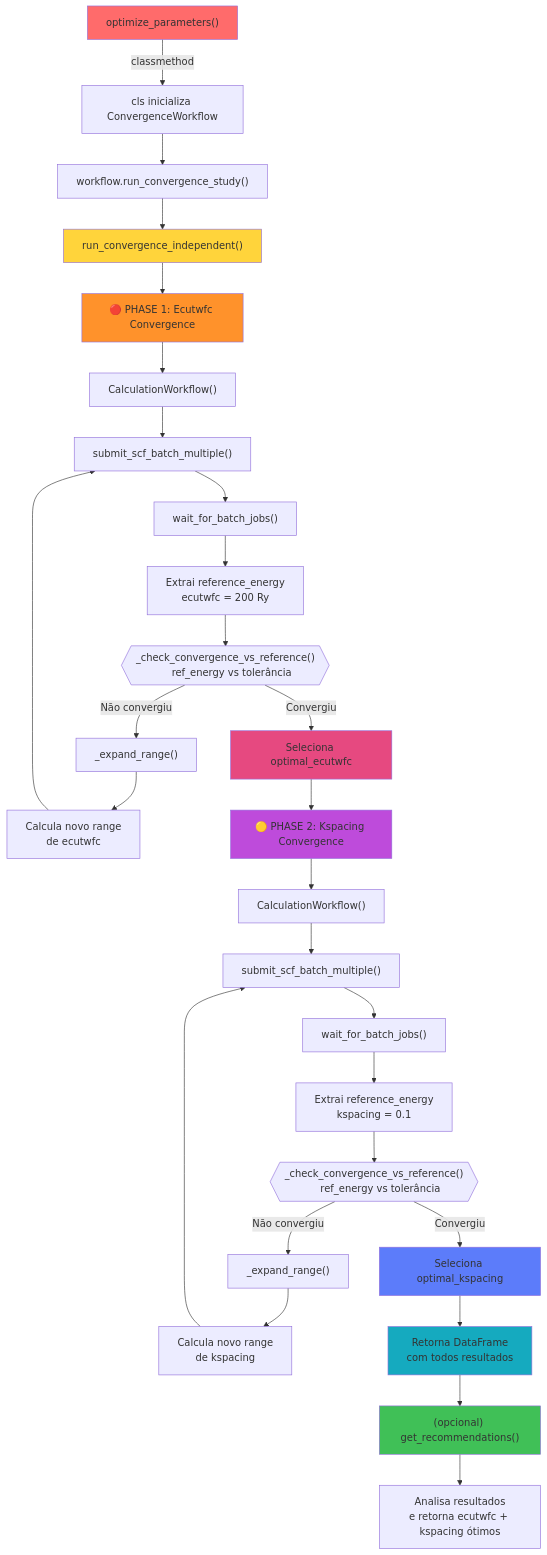
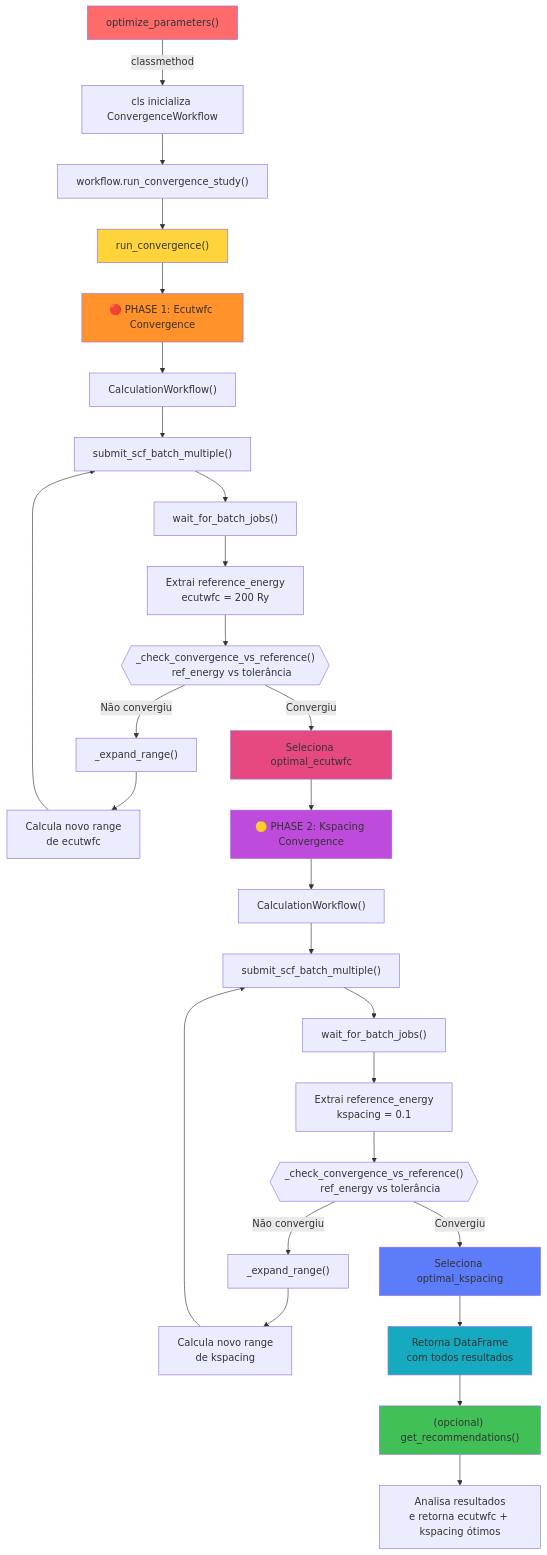
Before and after one commit to vsrsousa/spresso: the diagram in docs/CONVERGENCE_WORKFLOW.md, drawn with Mermaid. The commit also changed other lines of this file and 41 other files, not shown here.

````diff
--- a/docs/CONVERGENCE_WORKFLOW.md
+++ b/docs/CONVERGENCE_WORKFLOW.md
@@ -11,51 +11,51 @@
 ```mermaid
 graph TD
     A["optimize_parameters()"] -->|classmethod| B["cls inicializa ConvergenceWorkflow"]
     B --> C["workflow.run_convergence_study()"]
     
-    C --> D["run_convergence_independent()"]
+    C --> D["run_convergence()"]
     
     D --> E["🔴 PHASE 1: Ecutwfc Convergence"]
     E --> E1["CalculationWorkflow()"]
     E1 --> E2["submit_scf_batch_multiple()"]
     E2 --> E3["wait_for_batch_jobs()"]
     E3 --> E4["Extrai reference_energy<br/>ecutwfc = 200 Ry"]
     
     E4 --> E5{{"_check_convergence_vs_reference()
     ref_energy vs tolerância"}}
     
     E5 -->|Não convergiu| E6["_expand_range()"]
     E6 --> E7["Calcula novo range<br/>de ecutwfc"]
     E7 --> E2
     
     E5 -->|Convergiu| F["Seleciona optimal_ecutwfc"]
     
     F --> G["🟡 PHASE 2: Kspacing Convergence"]
     G --> G1["CalculationWorkflow()"]
     G1 --> G2["submit_scf_batch_multiple()"]
     G2 --> G3["wait_for_batch_jobs()"]
     G3 --> G4["Extrai reference_energy<br/>kspacing = 0.1"]
     
     G4 --> G5{{"_check_convergence_vs_reference()
     ref_energy vs tolerância"}}
     
     G5 -->|Não convergiu| G6["_expand_range()"]
     G6 --> G7["Calcula novo range<br/>de kspacing"]
     G7 --> G2
     
     G5 -->|Convergiu| H["Seleciona optimal_kspacing"]
     
     H --> I["Retorna DataFrame<br/>com todos resultados"]
     
     I --> J["(opcional) get_recommendations()"]
     J --> K["Analisa resultados<br/>e retorna ecutwfc + kspacing ótimos"]
     
     style A fill:#ff6b6b
     style D fill:#ffd43b
     style E fill:#ff922b
     style F fill:#e64980
     style G fill:#be4bdb
     style H fill:#5c7cfa
     style I fill:#15aabf
     style J fill:#40c057
 ```
````
